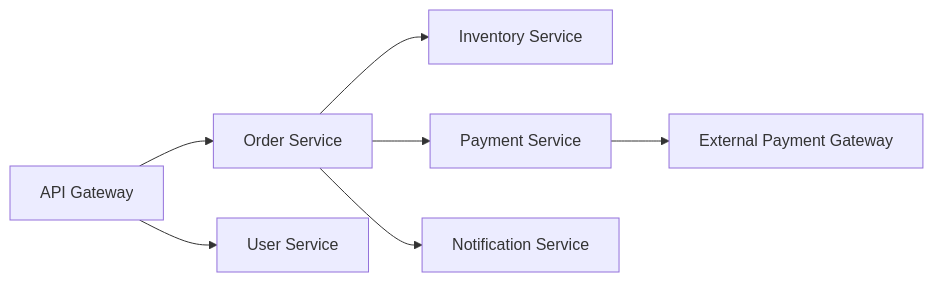
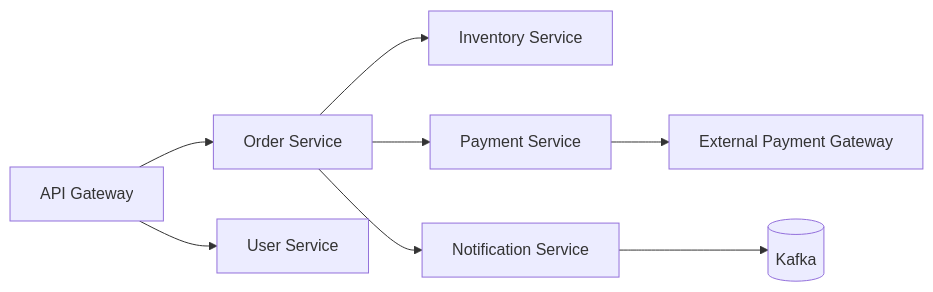
Diagram 12 of 19 in content/posts/教學/工具/OpenTelemetry教學手冊.md (chihhung/Blog), drawn with Mermaid before and after one commit. The commit also changed other lines of this file and 8 other files, not shown here.

````diff
--- a/content/posts/教學/工具/OpenTelemetry教學手冊.md
+++ b/content/posts/教學/工具/OpenTelemetry教學手冊.md
@@ -1705,9 +3287,10 @@
 ```mermaid
 graph LR
     A[API Gateway] --> B[Order Service]
     A --> C[User Service]
     B --> D[Inventory Service]
     B --> E[Payment Service]
     E --> F[External Payment Gateway]
     B --> G[Notification Service]
+    G --> H[(Kafka)]
 ```
````
